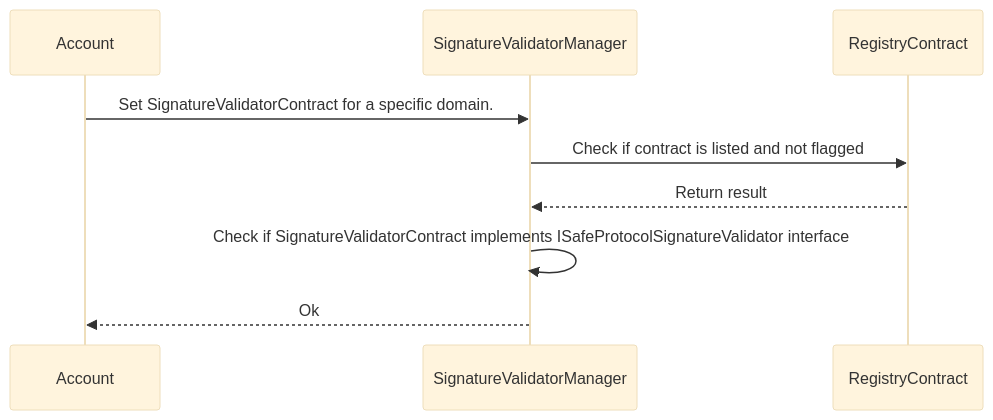
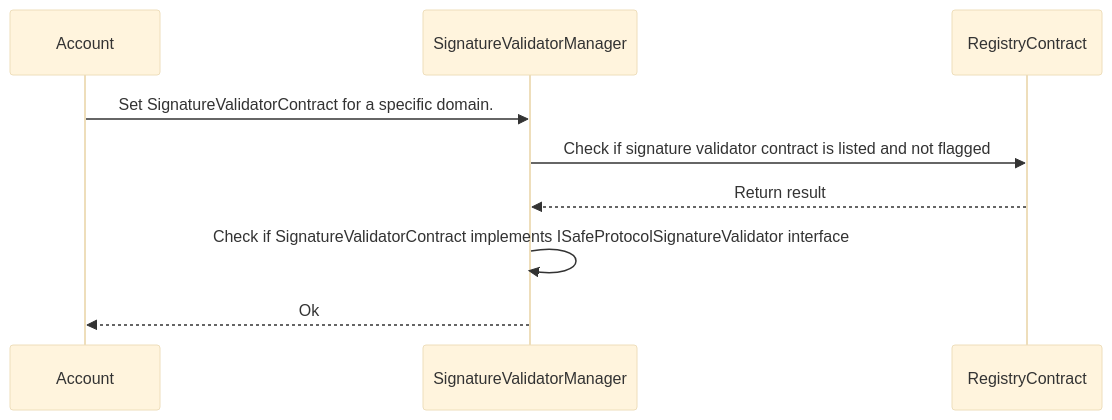
One commit to 5afe/safe-core-protocol-specs changed the first of 2 diagrams in modules/README.md. Above: the diagram before and after it, drawn with Mermaid (base theme). The commit also changed other lines of this file, not shown here.

Commit message:
[#43] Update enable signature validator mermaid diagram

````diff
--- a/modules/README.md
+++ b/modules/README.md
@@ -237,12 +236,12 @@
 ```mermaid
 sequenceDiagram
 	participant Account
 	participant SignatureValidatorManager
 	participant RegistryContract
 
 	Account->>SignatureValidatorManager: Set SignatureValidatorContract for a specific domain.
-		SignatureValidatorManager->>RegistryContract: Check if contract is listed and not flagged
+		SignatureValidatorManager->>RegistryContract: Check if signature validator contract is listed and not flagged
 		RegistryContract-->>SignatureValidatorManager: Return result
     SignatureValidatorManager->>SignatureValidatorManager: Check if SignatureValidatorContract implements ISafeProtocolSignatureValidator interface
     SignatureValidatorManager-->>Account: Ok
 ```
````
